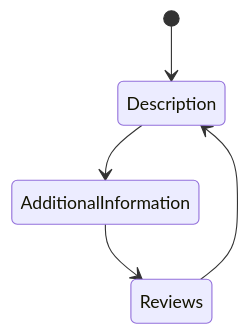
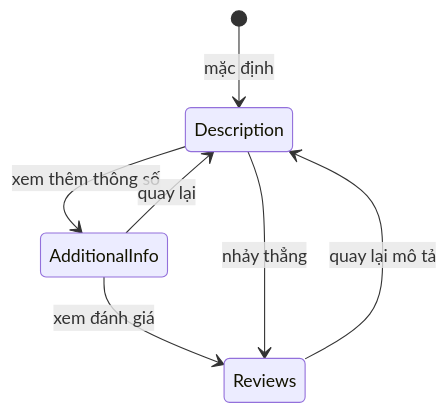
Before and after one commit to NguyenDinhDang/Docs-E-commerce: the ninth of 10 diagrams in 07-so-do-mermaid.md, drawn with Mermaid. The commit also changed other lines of this file, not shown here.

Commit message:
Update mermaid code

````diff
--- a/07-so-do-mermaid.md
+++ b/07-so-do-mermaid.md
@@ -112,7 +208,11 @@
 ```mermaid
 stateDiagram-v2
-  [*] --> Description
-  Description --> AdditionalInformation
-  AdditionalInformation --> Reviews
-  Reviews --> Description
+    [*] --> Description : mặc định
+
+    Description --> AdditionalInfo : xem thêm thông số
+    AdditionalInfo --> Reviews : xem đánh giá
+    Reviews --> Description : quay lại mô tả
+
+    Description --> Reviews : nhảy thẳng
+    AdditionalInfo --> Description : quay lại
 ```
````
